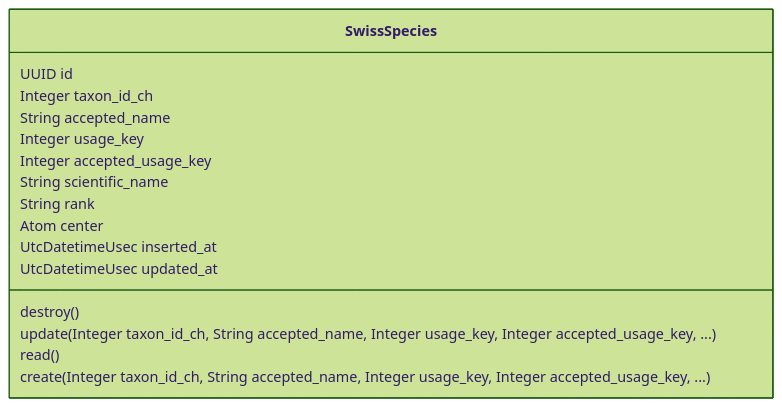
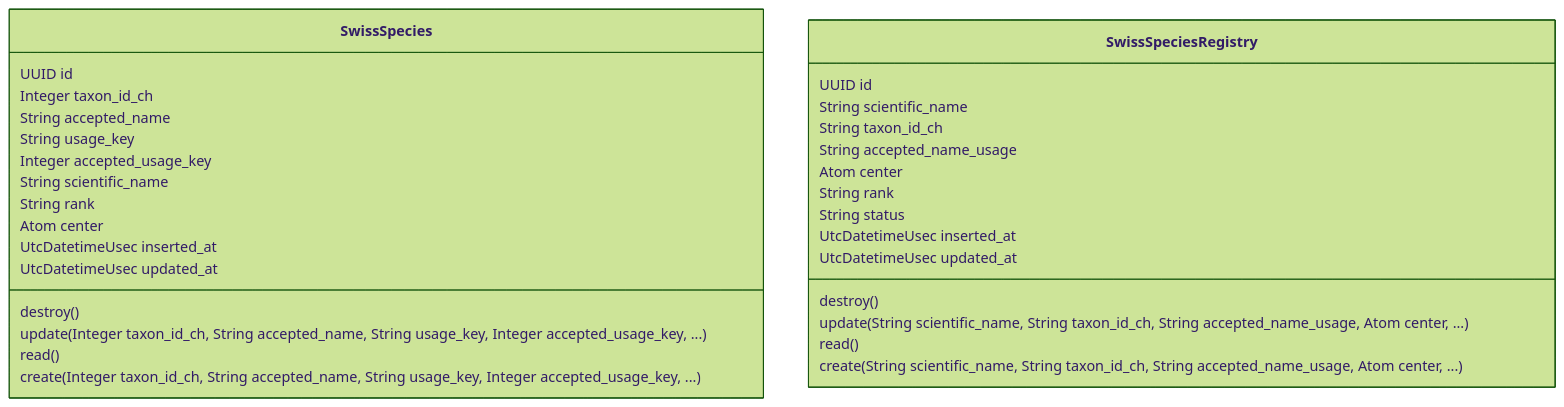
One commit to zebbra/data_aggregator changed the diagram in lib/data_aggregator/taxonomy/taxonomy-mermaid-class-diagram.md. Above: the diagram before and after it, drawn with Mermaid (forest theme). The commit also changed 9 other files, not shown here.

````diff
--- a/lib/data_aggregator/taxonomy/taxonomy-mermaid-class-diagram.md
+++ b/lib/data_aggregator/taxonomy/taxonomy-mermaid-class-diagram.md
@@ -1,22 +1,37 @@
 ```mermaid
 classDiagram
     class SwissSpecies {
         UUID id
         Integer taxon_id_ch
         String accepted_name
-        Integer usage_key
+        String usage_key
         Integer accepted_usage_key
         String scientific_name
         String rank
         Atom center
         UtcDatetimeUsec inserted_at
         UtcDatetimeUsec updated_at
         destroy()
-        update(Integer taxon_id_ch, String accepted_name, Integer usage_key, Integer accepted_usage_key, ...)
+        update(Integer taxon_id_ch, String accepted_name, String usage_key, Integer accepted_usage_key, ...)
         read()
-        create(Integer taxon_id_ch, String accepted_name, Integer usage_key, Integer accepted_usage_key, ...)
+        create(Integer taxon_id_ch, String accepted_name, String usage_key, Integer accepted_usage_key, ...)
+    }
+    class SwissSpeciesRegistry {
+        UUID id
+        String scientific_name
+        String taxon_id_ch
+        String accepted_name_usage
+        Atom center
+        String rank
+        String status
+        UtcDatetimeUsec inserted_at
+        UtcDatetimeUsec updated_at
+        destroy()
+        update(String scientific_name, String taxon_id_ch, String accepted_name_usage, Atom center, ...)
+        read()
+        create(String scientific_name, String taxon_id_ch, String accepted_name_usage, Atom center, ...)
     }
 
 
 
 ```
````
